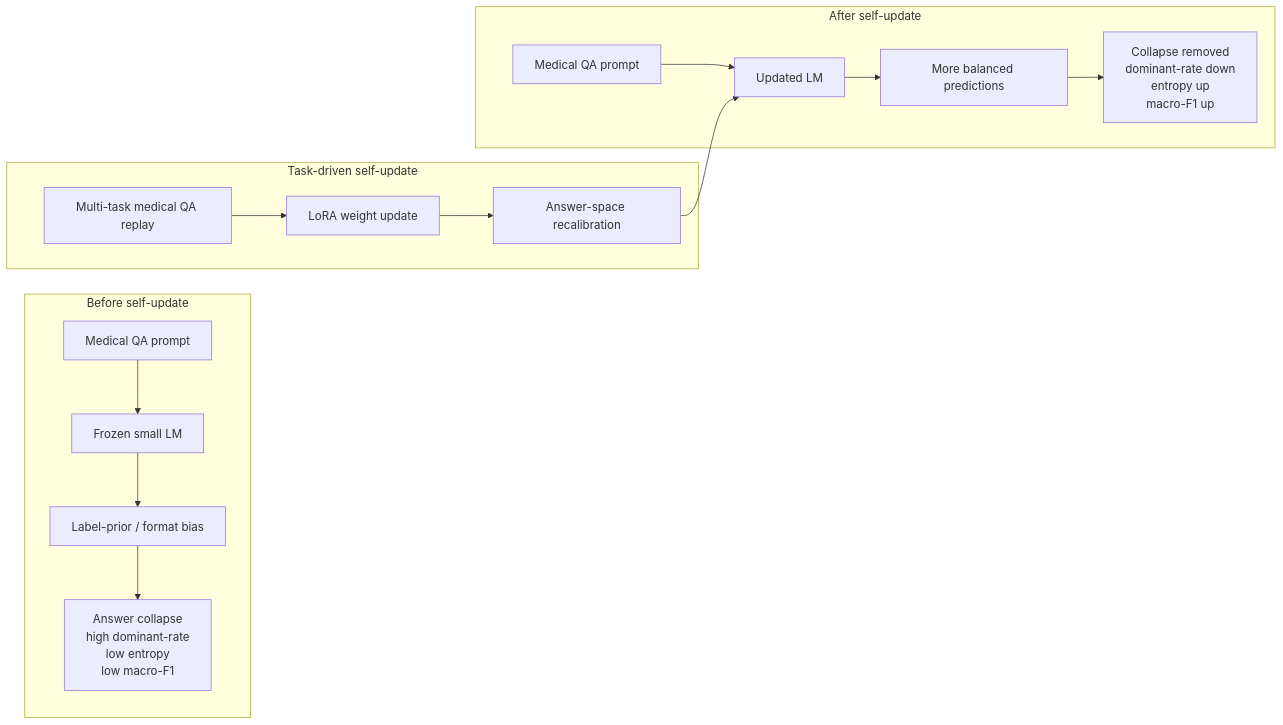
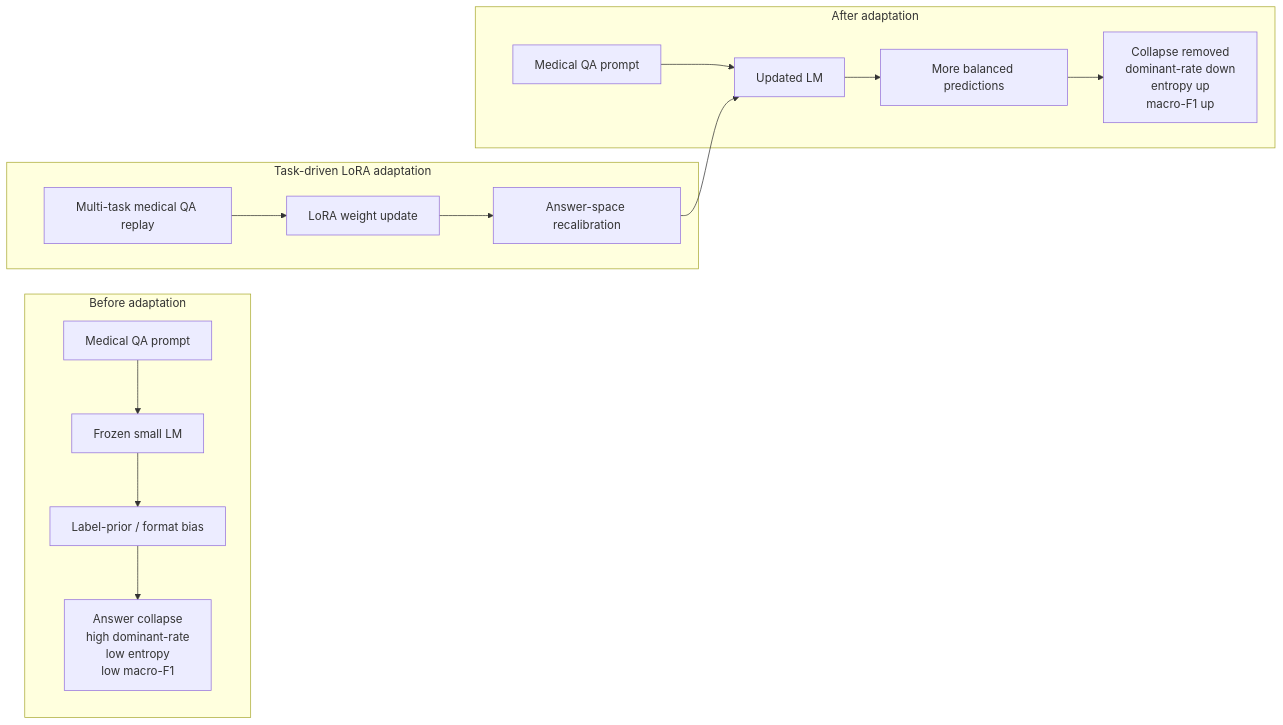
Before and after one commit to 123hzq321/collapse-aware-medical-lora-adaptation: the second of 2 diagrams in paper/figures.md, drawn with Mermaid. The commit also changed other lines of this file and 67 other files, not shown here.

````diff
--- a/paper/figures.md
+++ b/paper/figures.md
@@ -22,20 +22,20 @@
 ```mermaid
 flowchart LR
-    subgraph Before["Before self-update"]
+    subgraph Before["Before adaptation"]
         Q1["Medical QA prompt"] --> M0["Frozen small LM"]
         M0 --> P0["Label-prior / format bias"]
         P0 --> C0["Answer collapse<br/>high dominant-rate<br/>low entropy<br/>low macro-F1"]
     end
 
-    subgraph Update["Task-driven self-update"]
+    subgraph Update["Task-driven LoRA adaptation"]
         D["Multi-task medical QA replay"] --> L["LoRA weight update"]
         L --> R["Answer-space recalibration"]
     end
 
-    subgraph After["After self-update"]
+    subgraph After["After adaptation"]
         Q2["Medical QA prompt"] --> M1["Updated LM"]
         R --> M1
         M1 --> P1["More balanced predictions"]
         P1 --> C1["Collapse removed<br/>dominant-rate down<br/>entropy up<br/>macro-F1 up"]
     end
 ```
````
